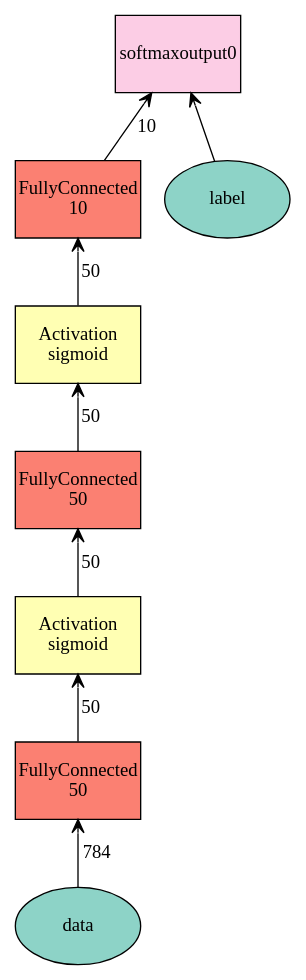
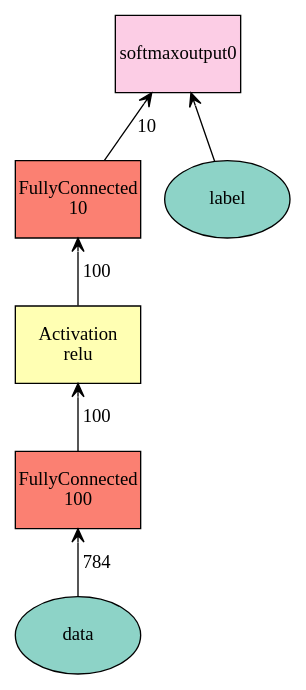
Before and after one commit to dennisbaek/Mxnet_Tutorial: the diagram in Symbol/basic/Fully Connected Neural Network using only Symbol.API/plot.gv, drawn with Graphviz. The commit also changed 13 other files, not shown here.

```diff
--- a/Symbol/basic/Fully Connected Neural Network using only Symbol.API/plot.gv
+++ b/Symbol/basic/Fully Connected Neural Network using only Symbol.API/plot.gv
@@ -1,17 +1,13 @@
 digraph plot {
 	data [label=data fillcolor="#8dd3c7" fixedsize=true height=0.8034 shape=oval style=filled width=1.3]
-	FNN_fc1 [label="FullyConnected\n50" fillcolor="#fb8072" fixedsize=true height=0.8034 shape=box style=filled width=1.3]
-	FNN_sigmoid1 [label="Activation\nsigmoid" fillcolor="#ffffb3" fixedsize=true height=0.8034 shape=box style=filled width=1.3]
-	FNN_fc2 [label="FullyConnected\n50" fillcolor="#fb8072" fixedsize=true height=0.8034 shape=box style=filled width=1.3]
-	FNN_sigmoid2 [label="Activation\nsigmoid" fillcolor="#ffffb3" fixedsize=true height=0.8034 shape=box style=filled width=1.3]
-	FNN_fc3 [label="FullyConnected\n10" fillcolor="#fb8072" fixedsize=true height=0.8034 shape=box style=filled width=1.3]
+	FNN_fc1 [label="FullyConnected\n100" fillcolor="#fb8072" fixedsize=true height=0.8034 shape=box style=filled width=1.3]
+	FNN_relu [label="Activation\nrelu" fillcolor="#ffffb3" fixedsize=true height=0.8034 shape=box style=filled width=1.3]
+	FNN_fc2 [label="FullyConnected\n10" fillcolor="#fb8072" fixedsize=true height=0.8034 shape=box style=filled width=1.3]
 	label [label=label fillcolor="#8dd3c7" fixedsize=true height=0.8034 shape=oval style=filled width=1.3]
 	softmaxoutput0 [label=softmaxoutput0 fillcolor="#fccde5" fixedsize=true height=0.8034 shape=box style=filled width=1.3]
 	FNN_fc1 -> data [label=784 arrowtail=open dir=back]
-	FNN_sigmoid1 -> FNN_fc1 [label=50 arrowtail=open dir=back]
-	FNN_fc2 -> FNN_sigmoid1 [label=50 arrowtail=open dir=back]
-	FNN_sigmoid2 -> FNN_fc2 [label=50 arrowtail=open dir=back]
-	FNN_fc3 -> FNN_sigmoid2 [label=50 arrowtail=open dir=back]
-	softmaxoutput0 -> FNN_fc3 [label=10 arrowtail=open dir=back]
+	FNN_relu -> FNN_fc1 [label=100 arrowtail=open dir=back]
+	FNN_fc2 -> FNN_relu [label=100 arrowtail=open dir=back]
+	softmaxoutput0 -> FNN_fc2 [label=10 arrowtail=open dir=back]
 	softmaxoutput0 -> label [label="" arrowtail=open dir=back]
 }
```
